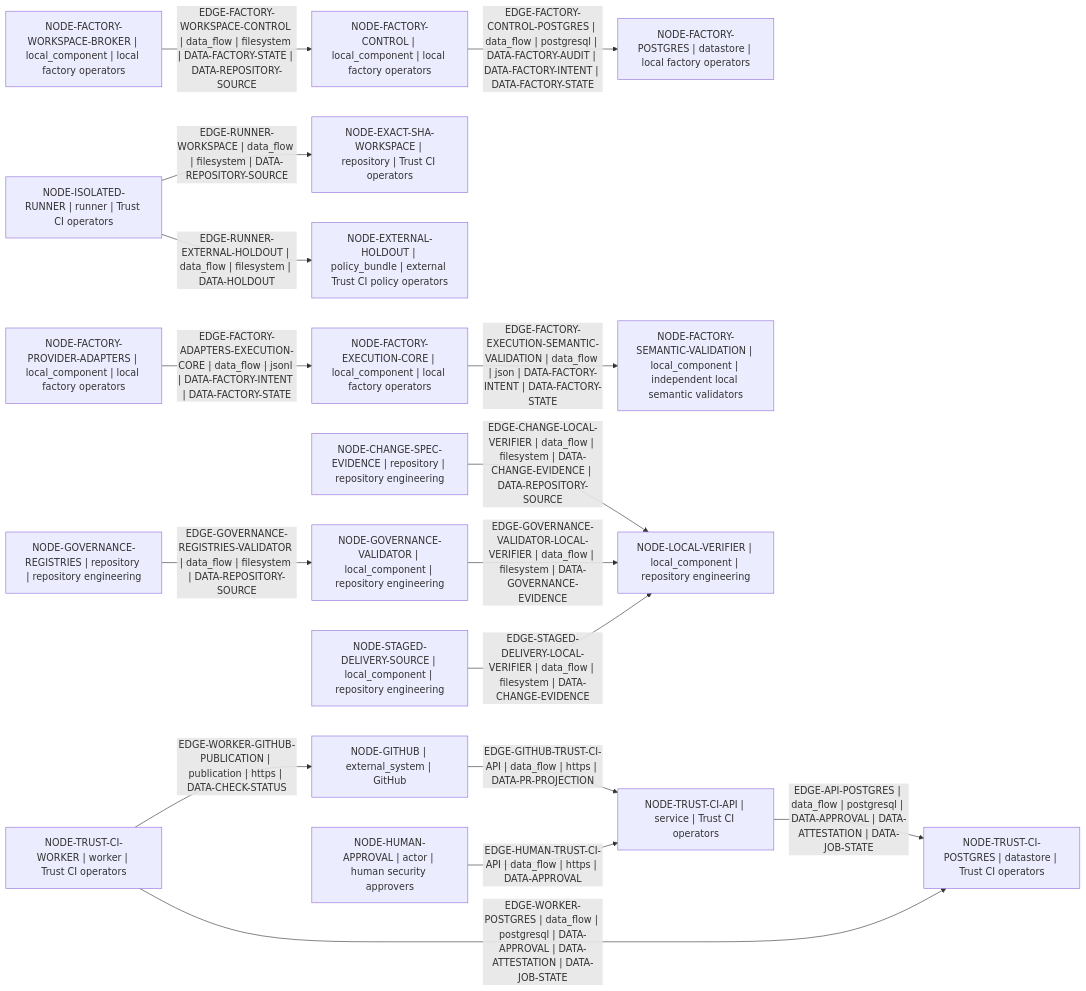
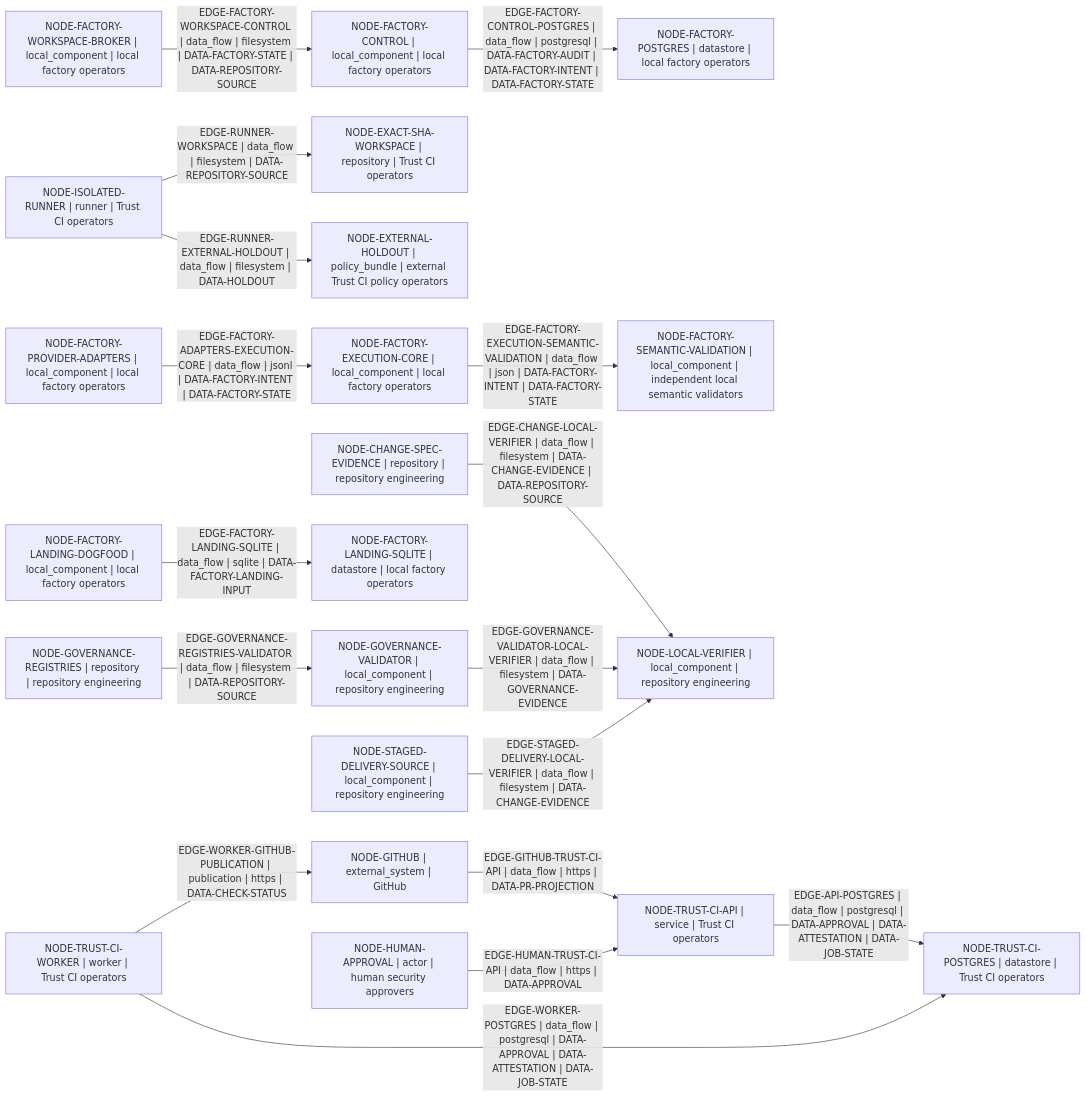
One commit to Dimkox/adaptive-grok-build-pro changed the diagram in architecture/generated/data-flow.mmd. Above: the diagram before and after it, drawn with Mermaid. The commit also changed 69 other files, not shown here.

First line of the commit message:
feat(factory): add durable offline landing runtime (#26)

```diff
--- a/architecture/generated/data-flow.mmd
+++ b/architecture/generated/data-flow.mmd
@@ -1,35 +1,38 @@
 flowchart LR
   node_8938bd3db1932751["NODE-CHANGE-SPEC-EVIDENCE | repository | repository engineering"]
   node_2e8a7072de3f3743["NODE-EXACT-SHA-WORKSPACE | repository | Trust CI operators"]
   node_0a0fe2f046a648e9["NODE-EXTERNAL-HOLDOUT | policy_bundle | external Trust CI policy operators"]
   node_a6c166e55f8e1784["NODE-FACTORY-CONTROL | local_component | local factory operators"]
   node_0a087cfaed95a8ad["NODE-FACTORY-EXECUTION-CORE | local_component | local factory operators"]
+  node_340c6123d4df34df["NODE-FACTORY-LANDING-DOGFOOD | local_component | local factory operators"]
+  node_7c8192807445a8a6["NODE-FACTORY-LANDING-SQLITE | datastore | local factory operators"]
   node_a77de286f8308fd4["NODE-FACTORY-POSTGRES | datastore | local factory operators"]
   node_fae11f6a95d982dc["NODE-FACTORY-PROVIDER-ADAPTERS | local_component | local factory operators"]
   node_c10acb5d92ad0ee0["NODE-FACTORY-SEMANTIC-VALIDATION | local_component | independent local semantic validators"]
   node_23f89cd7152cc030["NODE-FACTORY-WORKSPACE-BROKER | local_component | local factory operators"]
   node_8b8a8cd21b180532["NODE-GITHUB | external_system | GitHub"]
   node_dfd1104494c6ab8f["NODE-GOVERNANCE-REGISTRIES | repository | repository engineering"]
   node_23677f8757246623["NODE-GOVERNANCE-VALIDATOR | local_component | repository engineering"]
   node_e4e37173e410ad23["NODE-HUMAN-APPROVAL | actor | human security approvers"]
   node_1c3a10ba26a8e80d["NODE-ISOLATED-RUNNER | runner | Trust CI operators"]
   node_23bed8fcbfc79861["NODE-LOCAL-VERIFIER | local_component | repository engineering"]
   node_e1da543fa66b0086["NODE-STAGED-DELIVERY-SOURCE | local_component | repository engineering"]
   node_d0e570b2fbe52f98["NODE-TRUST-CI-API | service | Trust CI operators"]
   node_1a6c7efb2d08591b["NODE-TRUST-CI-POSTGRES | datastore | Trust CI operators"]
   node_070dda93443dcc1f["NODE-TRUST-CI-WORKER | worker | Trust CI operators"]
   node_d0e570b2fbe52f98 -->|"EDGE-API-POSTGRES | data_flow | postgresql | DATA-APPROVAL | DATA-ATTESTATION | DATA-JOB-STATE"| node_1a6c7efb2d08591b
   node_8938bd3db1932751 -->|"EDGE-CHANGE-LOCAL-VERIFIER | data_flow | filesystem | DATA-CHANGE-EVIDENCE | DATA-REPOSITORY-SOURCE"| node_23bed8fcbfc79861
   node_fae11f6a95d982dc -->|"EDGE-FACTORY-ADAPTERS-EXECUTION-CORE | data_flow | jsonl | DATA-FACTORY-INTENT | DATA-FACTORY-STATE"| node_0a087cfaed95a8ad
   node_a6c166e55f8e1784 -->|"EDGE-FACTORY-CONTROL-POSTGRES | data_flow | postgresql | DATA-FACTORY-AUDIT | DATA-FACTORY-INTENT | DATA-FACTORY-STATE"| node_a77de286f8308fd4
   node_0a087cfaed95a8ad -->|"EDGE-FACTORY-EXECUTION-SEMANTIC-VALIDATION | data_flow | json | DATA-FACTORY-INTENT | DATA-FACTORY-STATE"| node_c10acb5d92ad0ee0
+  node_340c6123d4df34df -->|"EDGE-FACTORY-LANDING-SQLITE | data_flow | sqlite | DATA-FACTORY-LANDING-INPUT"| node_7c8192807445a8a6
   node_23f89cd7152cc030 -->|"EDGE-FACTORY-WORKSPACE-CONTROL | data_flow | filesystem | DATA-FACTORY-STATE | DATA-REPOSITORY-SOURCE"| node_a6c166e55f8e1784
   node_8b8a8cd21b180532 -->|"EDGE-GITHUB-TRUST-CI-API | data_flow | https | DATA-PR-PROJECTION"| node_d0e570b2fbe52f98
   node_dfd1104494c6ab8f -->|"EDGE-GOVERNANCE-REGISTRIES-VALIDATOR | data_flow | filesystem | DATA-REPOSITORY-SOURCE"| node_23677f8757246623
   node_23677f8757246623 -->|"EDGE-GOVERNANCE-VALIDATOR-LOCAL-VERIFIER | data_flow | filesystem | DATA-GOVERNANCE-EVIDENCE"| node_23bed8fcbfc79861
   node_e4e37173e410ad23 -->|"EDGE-HUMAN-TRUST-CI-API | data_flow | https | DATA-APPROVAL"| node_d0e570b2fbe52f98
   node_1c3a10ba26a8e80d -->|"EDGE-RUNNER-EXTERNAL-HOLDOUT | data_flow | filesystem | DATA-HOLDOUT"| node_0a0fe2f046a648e9
   node_1c3a10ba26a8e80d -->|"EDGE-RUNNER-WORKSPACE | data_flow | filesystem | DATA-REPOSITORY-SOURCE"| node_2e8a7072de3f3743
   node_e1da543fa66b0086 -->|"EDGE-STAGED-DELIVERY-LOCAL-VERIFIER | data_flow | filesystem | DATA-CHANGE-EVIDENCE"| node_23bed8fcbfc79861
   node_070dda93443dcc1f -->|"EDGE-WORKER-GITHUB-PUBLICATION | publication | https | DATA-CHECK-STATUS"| node_8b8a8cd21b180532
   node_070dda93443dcc1f -->|"EDGE-WORKER-POSTGRES | data_flow | postgresql | DATA-APPROVAL | DATA-ATTESTATION | DATA-JOB-STATE"| node_1a6c7efb2d08591b
```
